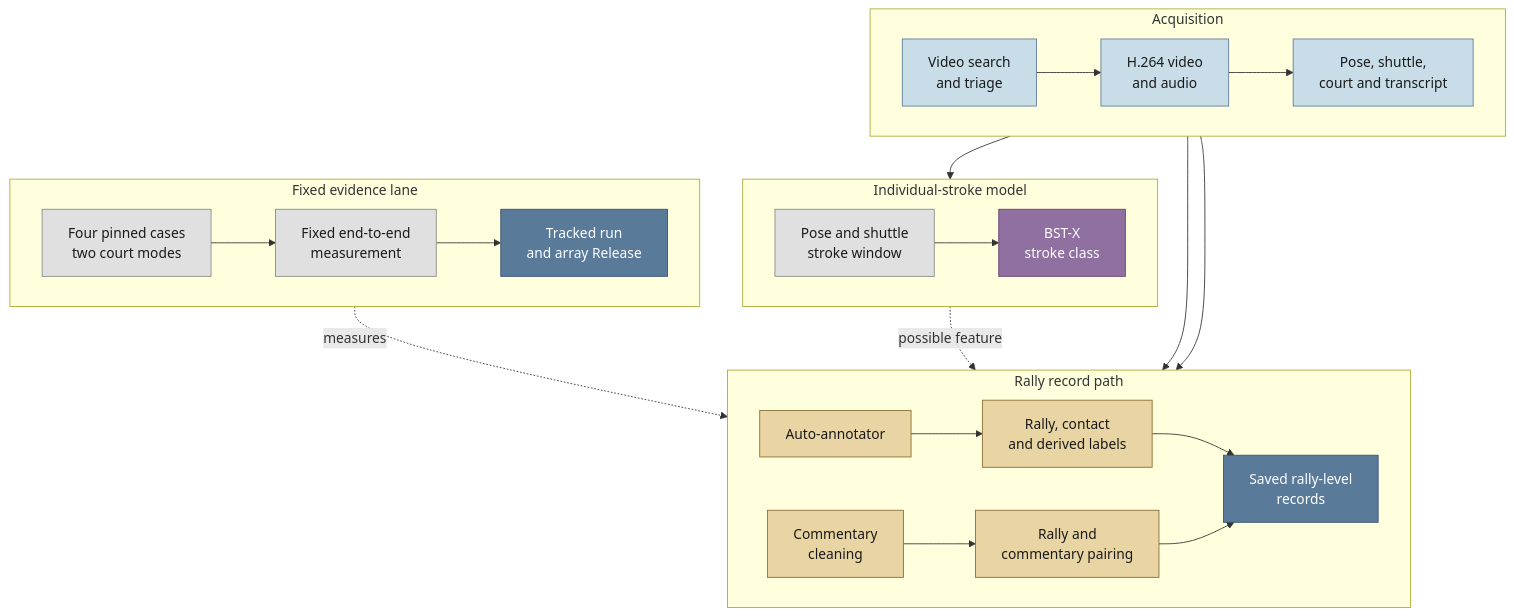
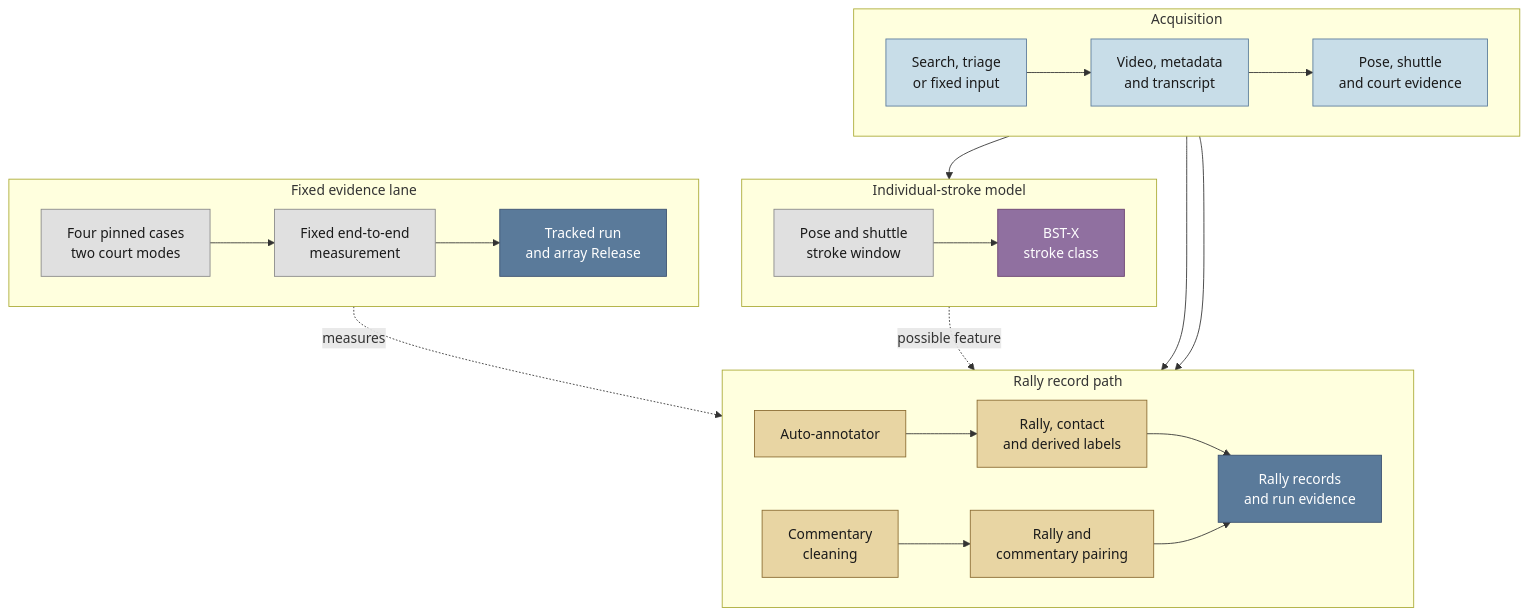
The diagram in README.md (ahalp90/badminton_cv_annotator), drawn with Mermaid before and after one commit. The commit also changed other lines of this file and 1 other file, not shown here.

````diff
--- a/README.md
+++ b/README.md
@@ -32,46 +72,46 @@
 ```mermaid
 flowchart TB
     subgraph P_ACQ["Acquisition"]
         direction LR
-        P1["Video search<br/>and triage"] --> P2["H.264 video<br/>and audio"]
-        P2 --> P3["Pose, shuttle,<br/>court and transcript"]
+        P1["Search, triage<br/>or fixed input"] --> P2["Video, metadata<br/>and transcript"]
+        P2 --> P3["Pose, shuttle<br/>and court evidence"]
     end
 
     subgraph P_RECORD["Rally record path"]
         direction LR
         P4["Auto-annotator"] --> P5["Rally, contact<br/>and derived labels"]
         P6["Commentary<br/>cleaning"] --> P7["Rally and<br/>commentary pairing"]
-        P5 --> P8["Saved rally-level<br/>records"]
+        P5 --> P8["Rally records<br/>and run evidence"]
         P7 --> P8
     end
 
     subgraph P_BST["Individual-stroke model"]
         direction LR
         P9["Pose and shuttle<br/>stroke window"] --> P10["BST-X<br/>stroke class"]
     end
 
     subgraph P_MEASURE["Fixed evidence lane"]
         direction LR
         P11["Four pinned cases<br/>two court modes"] --> P12["Fixed end-to-end<br/>measurement"]
         P12 --> P13["Tracked run<br/>and array Release"]
     end
 
     P3 --> P4
     P3 --> P6
     P3 --> P9
     P10 -.->|"possible feature"| P8
     P12 -.->|"measures"| P4
 
     classDef stage fill:#c8dde8,stroke:#5a7a9a,color:#1a1a1a
     classDef bridge fill:#e8d5a3,stroke:#8a6a30,color:#1a1a1a
     classDef output fill:#5a7a9a,stroke:#3a5070,color:#ffffff
     classDef special fill:#9070a0,stroke:#6a4070,color:#ffffff
     classDef auxiliary fill:#e0e0e0,stroke:#888888,color:#1a1a1a
 
     class P1,P2,P3 stage
     class P4,P5,P6,P7 bridge
     class P8,P13 output
     class P9 auxiliary
     class P10 special
     class P11,P12 auxiliary
 ```
````
